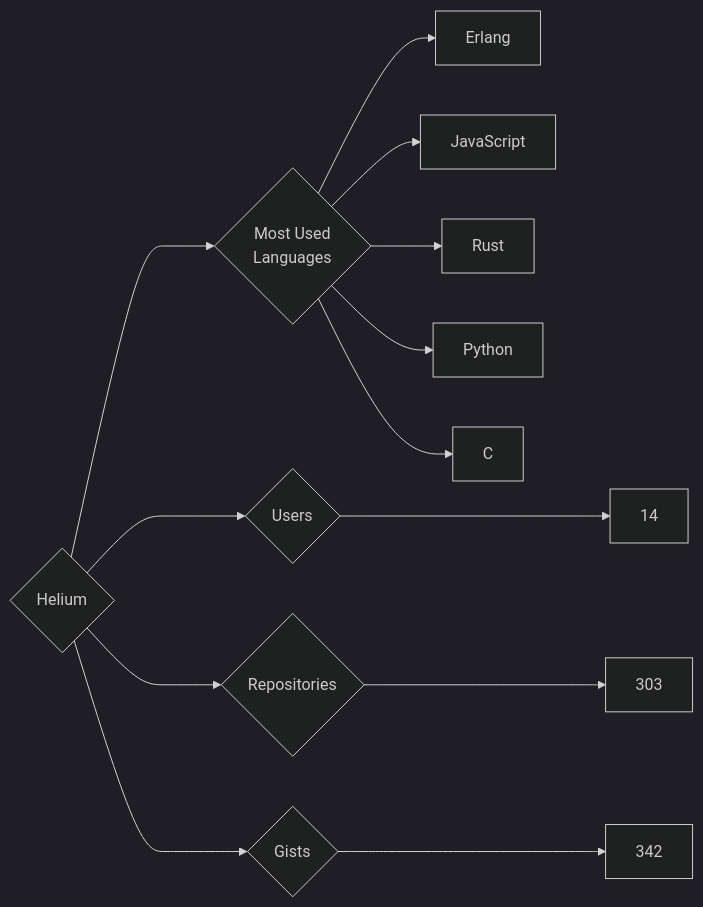
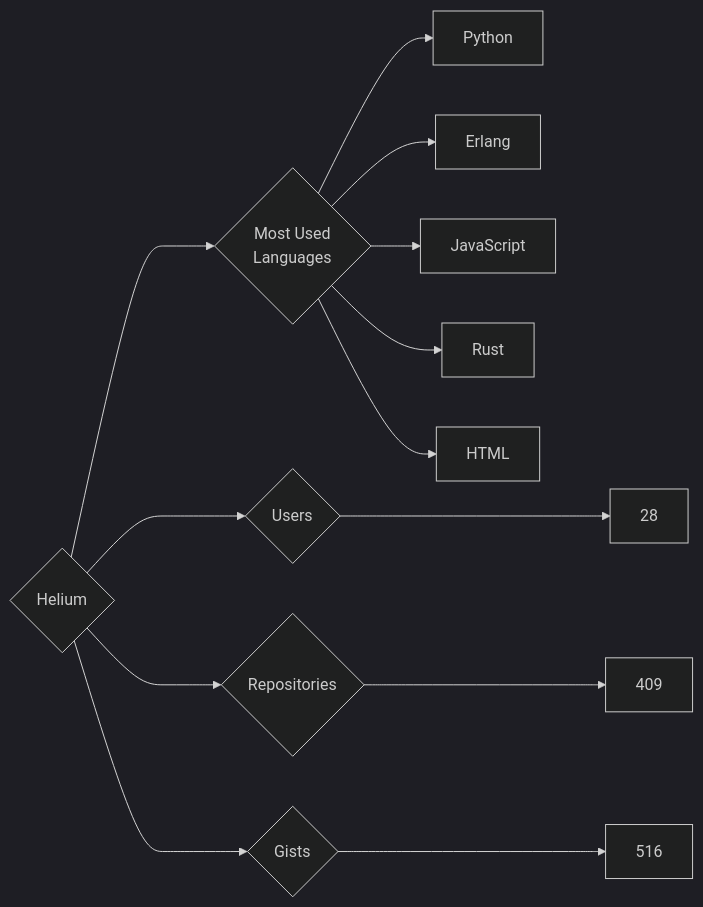
Before and after one commit to trickest/insiders: the diagram in targets/Helium/README.md, drawn with Mermaid (dark theme). The commit also changed 775 other files, not shown here.

````diff
--- a/targets/Helium/README.md
+++ b/targets/Helium/README.md
@@ -3,13 +3,13 @@
 ```mermaid
 graph LR
 COMPANY_NAME{Helium}
-COMPANY_NAME ---> U{Users} ---> UN[14]
-COMPANY_NAME ---> R{Repositories} ---> RN[303]
-COMPANY_NAME ---> G{Gists} ---> GN[342]
+COMPANY_NAME ---> U{Users} ---> UN[28]
+COMPANY_NAME ---> R{Repositories} ---> RN[409]
+COMPANY_NAME ---> G{Gists} ---> GN[516]
 COMPANY_NAME ---> ML{Most Used<br>Languages}
+ML --> Python[Python]
 ML --> Erlang[Erlang]
 ML --> JavaScript[JavaScript]
 ML --> Rust[Rust]
-ML --> Python[Python]
-ML --> C[C]
+ML --> HTML[HTML]
 ```
````
